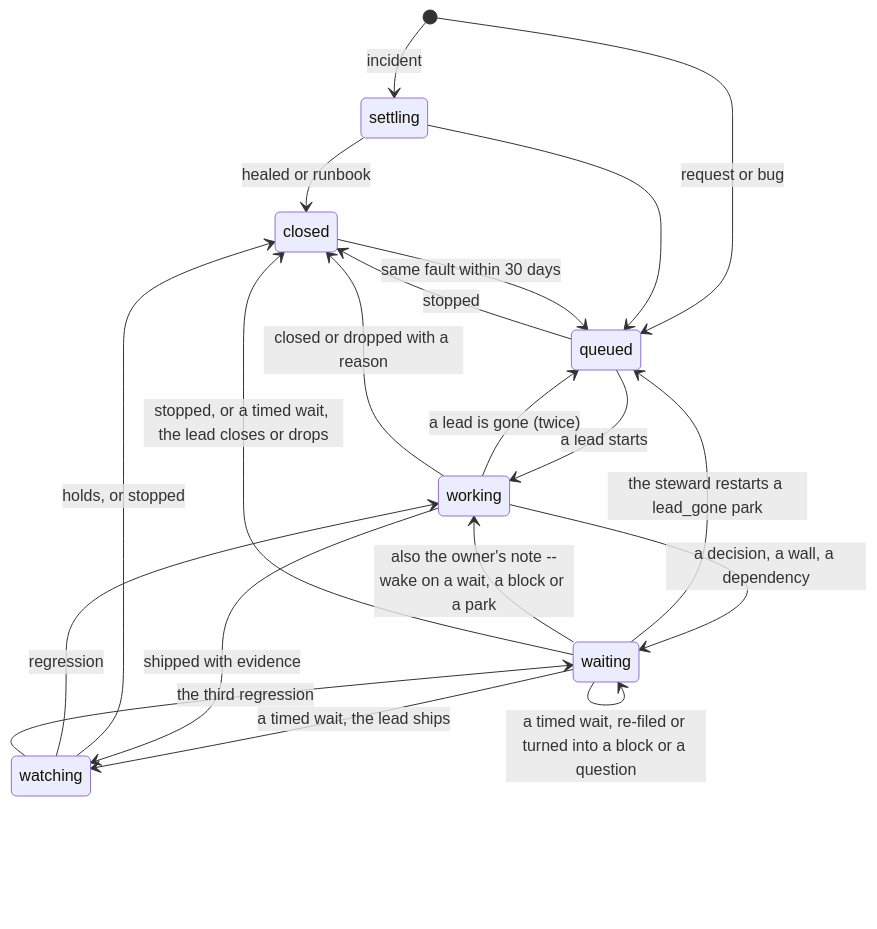
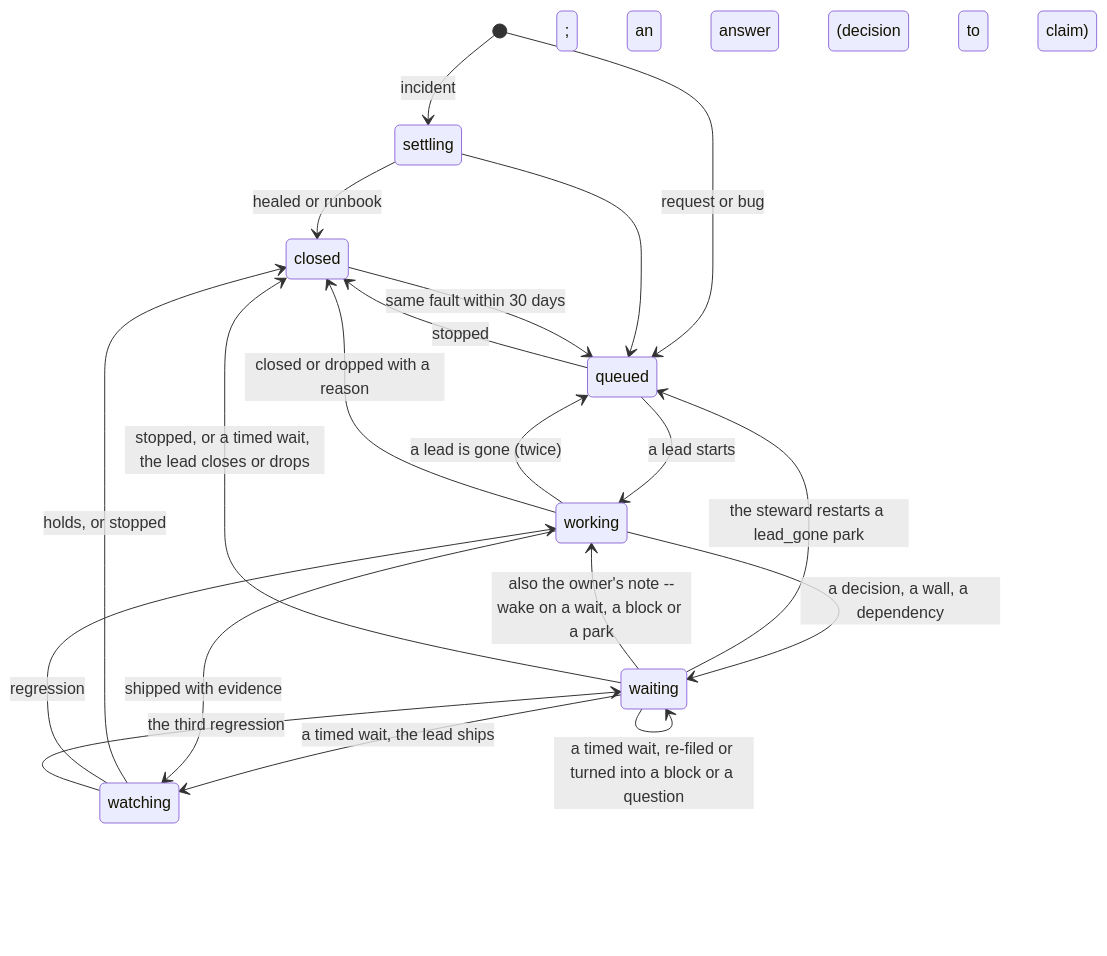
The second of 2 diagrams in docs/design.md (jkrumm/software-factory), drawn with Mermaid before and after one commit. The commit also changed other lines of this file and 21 other files, not shown here.

First line of the commit message:
feat(issues): a decision wait releases the repo's claim and an answer takes it back

````diff
--- a/docs/design.md
+++ b/docs/design.md
@@ -596,22 +596,22 @@
 ```mermaid
 stateDiagram-v2
   [*] --> settling: incident
   [*] --> queued: request or bug
   settling --> closed: healed or runbook
   settling --> queued
   queued --> working: a lead starts
   queued --> closed: stopped
   working --> waiting: a decision, a wall, a dependency
   working --> queued: a lead is gone (twice)
   waiting --> queued: the steward restarts a lead_gone park
   waiting --> working: also the owner's note --wake on a wait, a block or a park
-  waiting --> waiting: a timed wait, re-filed or turned into a block or a question
+  waiting --> waiting: a timed wait, re-filed or turned into a block or a question; an answer (decision to claim)
   waiting --> watching: a timed wait, the lead ships
   waiting --> closed: stopped, or a timed wait, the lead closes or drops
   working --> watching: shipped with evidence
   working --> closed: closed or dropped with a reason
   watching --> closed: holds, or stopped
   watching --> working: regression
   watching --> waiting: the third regression
   closed --> queued: same fault within 30 days
 ```
````
